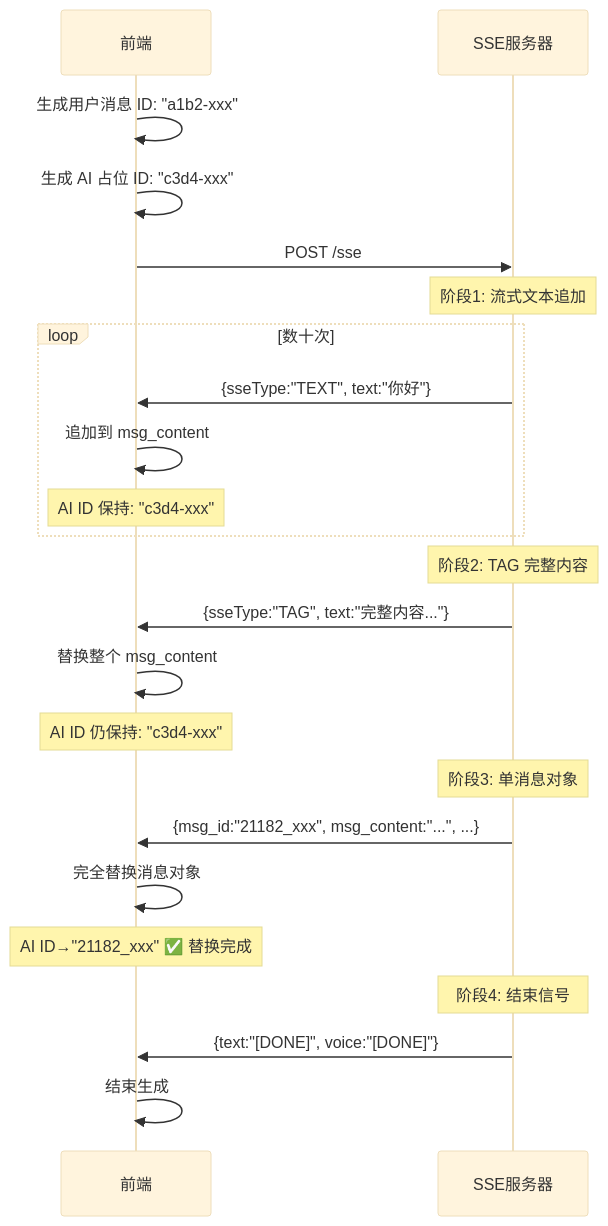
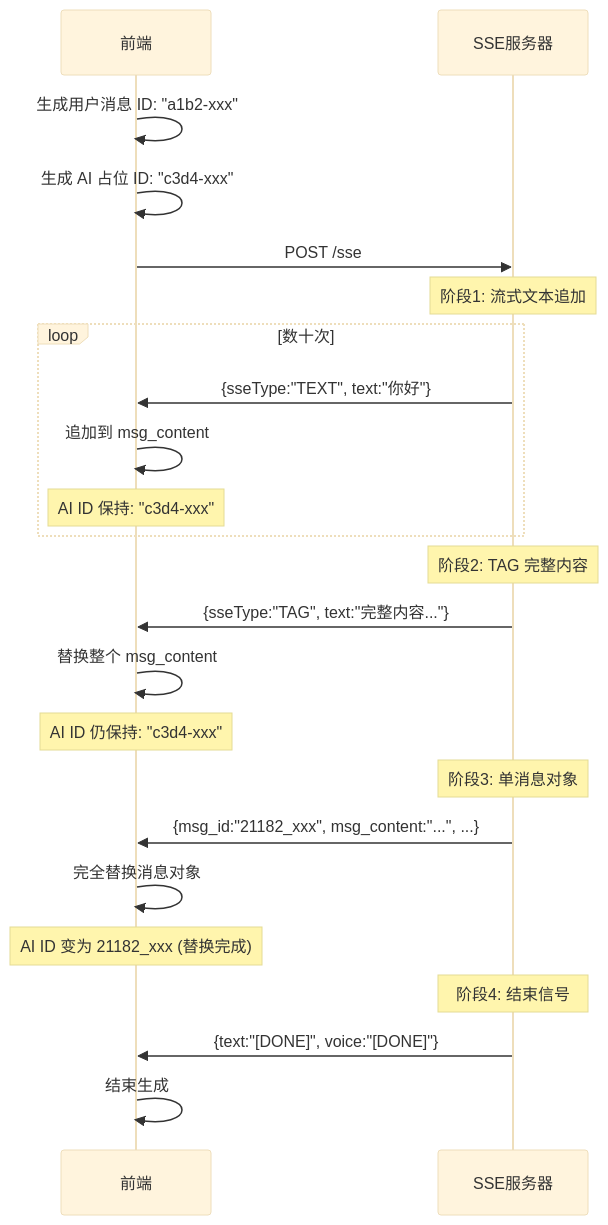
The second of 4 diagrams in docs/ai/8.md (zhaoky/site), drawn with Mermaid (base theme) before and after one commit.

Commit message:
feat: 新增文档

````diff
--- a/docs/ai/8.md
+++ b/docs/ai/8.md
@@ -283,30 +283,30 @@
 ```mermaid
 sequenceDiagram
     participant F as 前端
     participant S as SSE服务器
 
     F->>F: 生成用户消息 ID: "a1b2-xxx"
     F->>F: 生成 AI 占位 ID: "c3d4-xxx"
     F->>S: POST /sse
 
     Note over S: 阶段1: 流式文本追加
     loop 数十次
         S->>F: {sseType:"TEXT", text:"你好"}
         F->>F: 追加到 msg_content
         Note over F: AI ID 保持: "c3d4-xxx"
     end
 
     Note over S: 阶段2: TAG 完整内容
     S->>F: {sseType:"TAG", text:"完整内容..."}
     F->>F: 替换整个 msg_content
     Note over F: AI ID 仍保持: "c3d4-xxx"
 
     Note over S: 阶段3: 单消息对象
     S->>F: {msg_id:"21182_xxx", msg_content:"...", ...}
     F->>F: 完全替换消息对象
-    Note over F: AI ID→"21182_xxx" ✅ 替换完成
+    Note over F: AI ID 变为 21182_xxx (替换完成)
 
     Note over S: 阶段4: 结束信号
     S->>F: {text:"[DONE]", voice:"[DONE]"}
     F->>F: 结束生成
 ```
````
